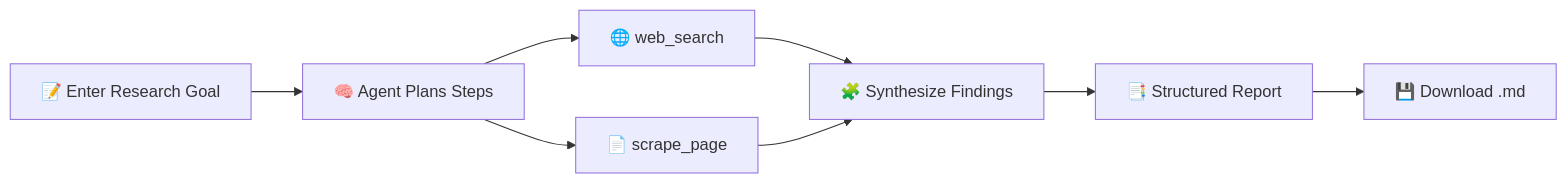
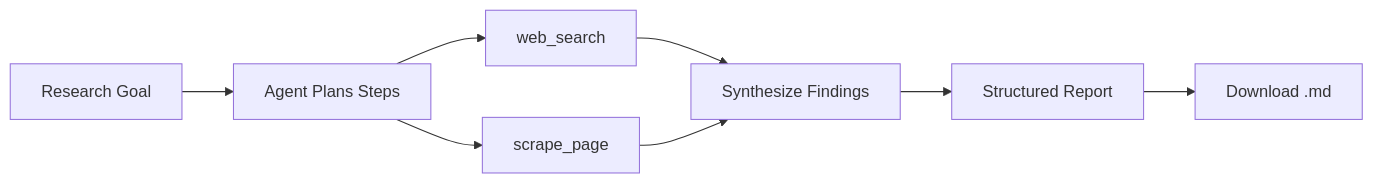
The diagram in README.md (Amruta-Dabholkar/research-agent-python), drawn with Mermaid before and after one commit. The commit also changed other lines of this file, not shown here.

````diff
--- a/README.md
+++ b/README.md
@@ -77,10 +121,10 @@
 ```mermaid
 flowchart LR
-    A[📝 Enter Research Goal] --> B[🧠 Agent Plans Steps]
-    B --> C[🌐 web_search]
-    B --> D[📄 scrape_page]
-    C --> E[🧩 Synthesize Findings]
+    A[Research Goal] --> B[Agent Plans Steps]
+    B --> C[web_search]
+    B --> D[scrape_page]
+    C --> E[Synthesize Findings]
     D --> E
-    E --> F[📑 Structured Report]
-    F --> G[💾 Download .md]
+    E --> F[Structured Report]
+    F --> G[Download .md]
 ```
````
